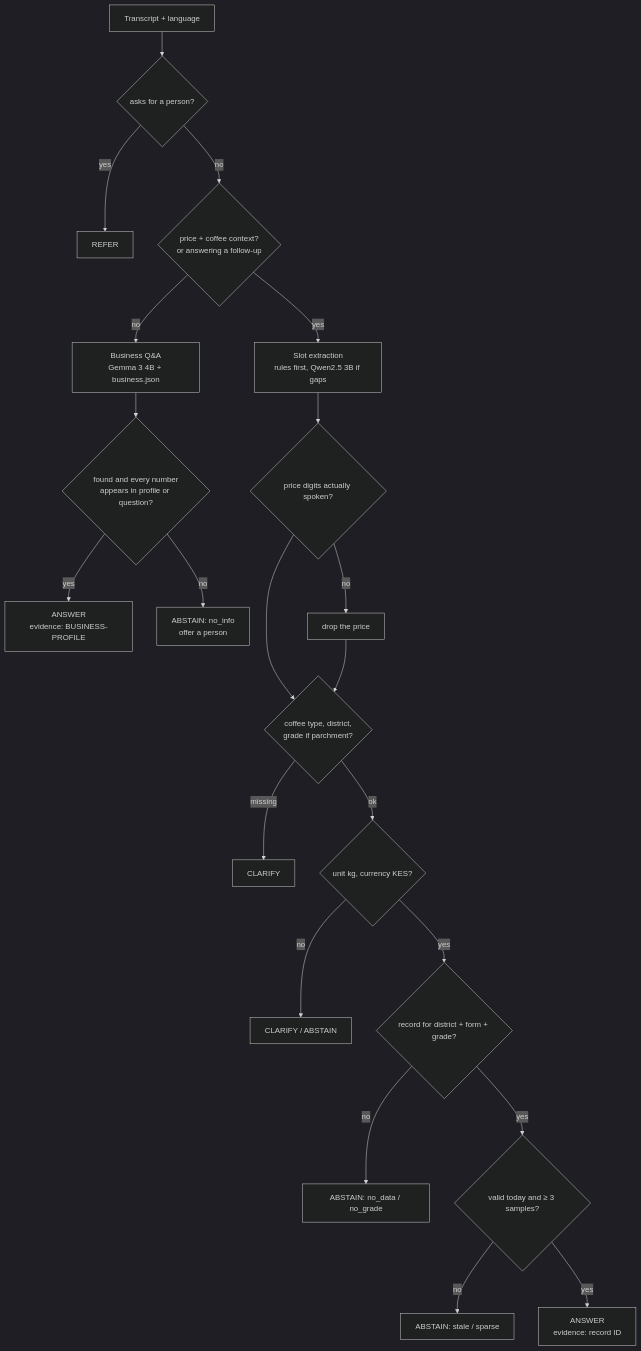
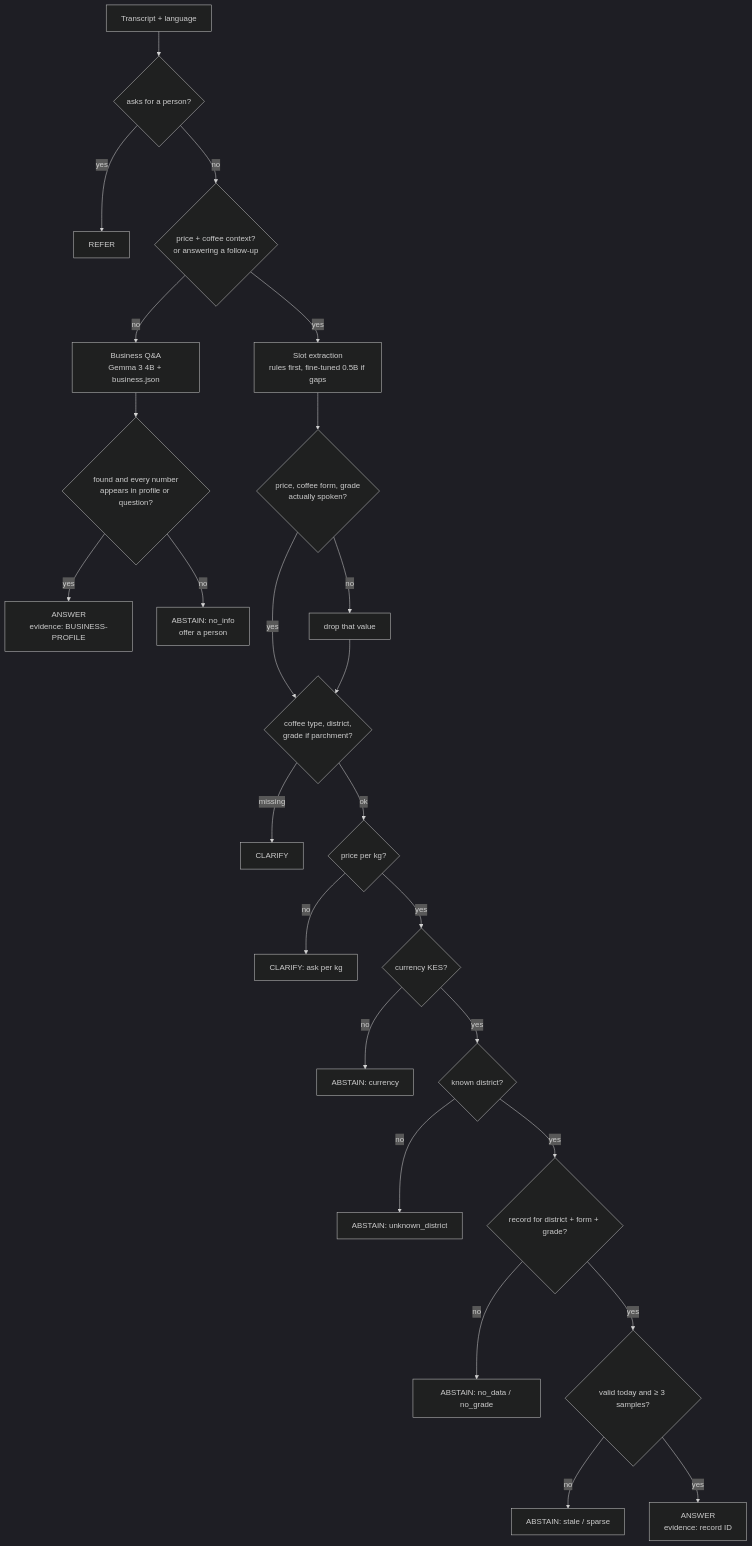
Before and after one commit to Akashsinghpanwar/Hacknation07-team-relay: the third of 5 diagrams in README.md, drawn with Mermaid (dark theme). The commit also changed other lines of this file and 1 other file, not shown here.

Commit message:
Make the architecture diagrams match the code
Add the REFER path to a co-op officer, list all four outcomes, label the
spoken-value guards, use measured STT timing, and align the Mermaid routing
chart with decide(): per-kg, currency and unknown-district checks.

````diff
--- a/README.md
+++ b/README.md
@@ -225,23 +225,27 @@
 ```mermaid
 flowchart TD
   T[Transcript + language] --> HU{asks for a person?}
   HU -- yes --> REF[REFER]
   HU -- no --> PC{price + coffee context?<br/>or answering a follow-up}
   PC -- no --> QA[Business Q&A<br/>Gemma 3 4B + business.json]
   QA --> G1{found and every number<br/>appears in profile or question?}
   G1 -- yes --> ANS1[ANSWER<br/>evidence: BUSINESS-PROFILE]
   G1 -- no --> NI[ABSTAIN: no_info<br/>offer a person]
-  PC -- yes --> EX[Slot extraction<br/>rules first, Qwen2.5 3B if gaps]
-  EX --> NG{price digits actually spoken?}
-  NG -- no --> DROP[drop the price]
-  NG --> MISS{coffee type, district,<br/>grade if parchment?}
+  PC -- yes --> EX[Slot extraction<br/>rules first, fine-tuned 0.5B if gaps]
+  EX --> NG{price, coffee form, grade<br/>actually spoken?}
+  NG -- no --> DROP[drop that value]
+  NG -- yes --> MISS{coffee type, district,<br/>grade if parchment?}
   DROP --> MISS
   MISS -- missing --> CL[CLARIFY]
-  MISS -- ok --> U{unit kg, currency KES?}
-  U -- no --> CL2[CLARIFY / ABSTAIN]
-  U -- yes --> R{record for district + form + grade?}
+  MISS -- ok --> U{price per kg?}
+  U -- no --> CL2[CLARIFY: ask per kg]
+  U -- yes --> C{currency KES?}
+  C -- no --> AB0[ABSTAIN: currency]
+  C -- yes --> D{known district?}
+  D -- no --> AB3[ABSTAIN: unknown_district]
+  D -- yes --> R{record for district + form + grade?}
   R -- no --> AB1[ABSTAIN: no_data / no_grade]
   R -- yes --> V{valid today and ≥ 3 samples?}
   V -- no --> AB2[ABSTAIN: stale / sparse]
   V -- yes --> ANS2[ANSWER<br/>evidence: record ID]
 ```
````
